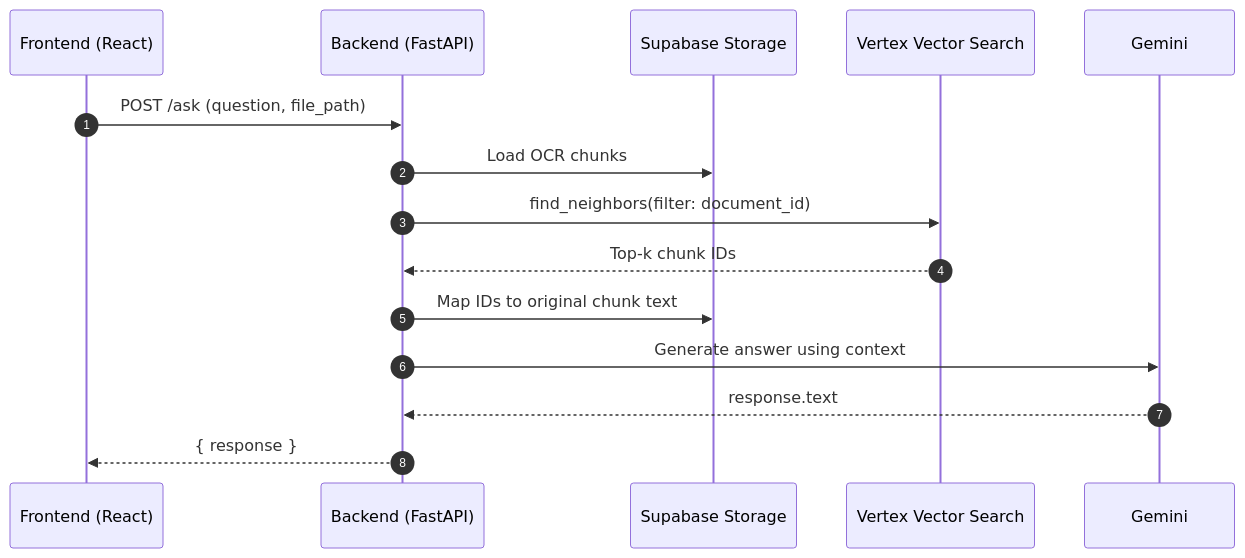
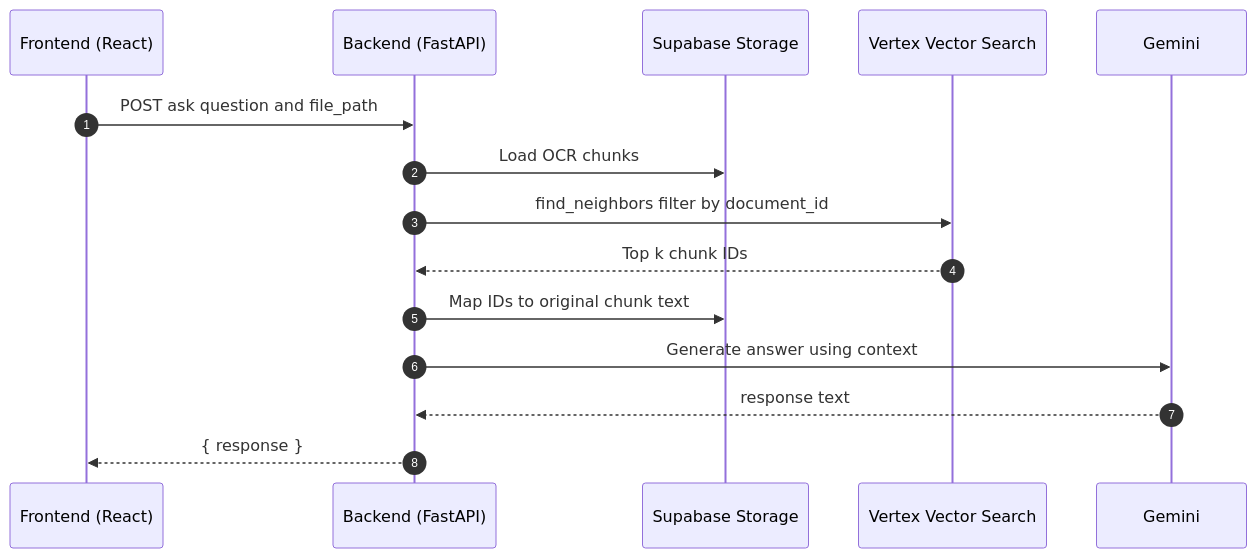
Before and after one commit to RohitYadav34980/DemystDocs.AI: the fourth of 5 diagrams in docs/diagrams.md, drawn with Mermaid. The commit also changed other lines of this file, not shown here.

Commit message:
docs: Update diagrams for clarity and consistency in terminology

````diff
--- a/docs/diagrams.md
+++ b/docs/diagrams.md
@@ -83,18 +83,18 @@
 ```mermaid
 sequenceDiagram
   autonumber
   participant FE as Frontend (React)
   participant BE as Backend (FastAPI)
   participant SB as Supabase Storage
   participant VS as Vertex Vector Search
   participant GM as Gemini
 
-  FE->>BE: POST /ask (question, file_path)
+  FE->>BE: POST ask question and file_path
   BE->>SB: Load OCR chunks
-  BE->>VS: find_neighbors(filter: document_id)
-  VS-->>BE: Top-k chunk IDs
+  BE->>VS: find_neighbors filter by document_id
+  VS-->>BE: Top k chunk IDs
   BE->>SB: Map IDs to original chunk text
   BE->>GM: Generate answer using context
-  GM-->>BE: response.text
+  GM-->>BE: response text
   BE-->>FE: { response }
 ```
````
